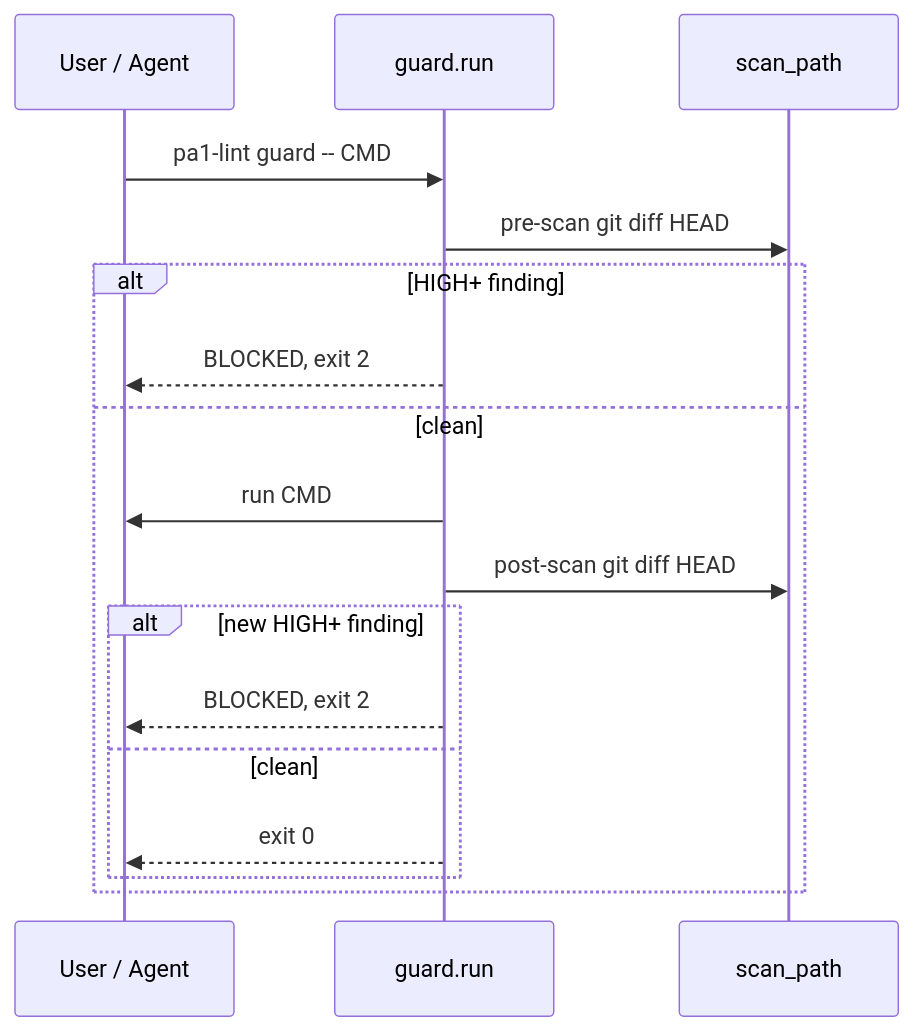
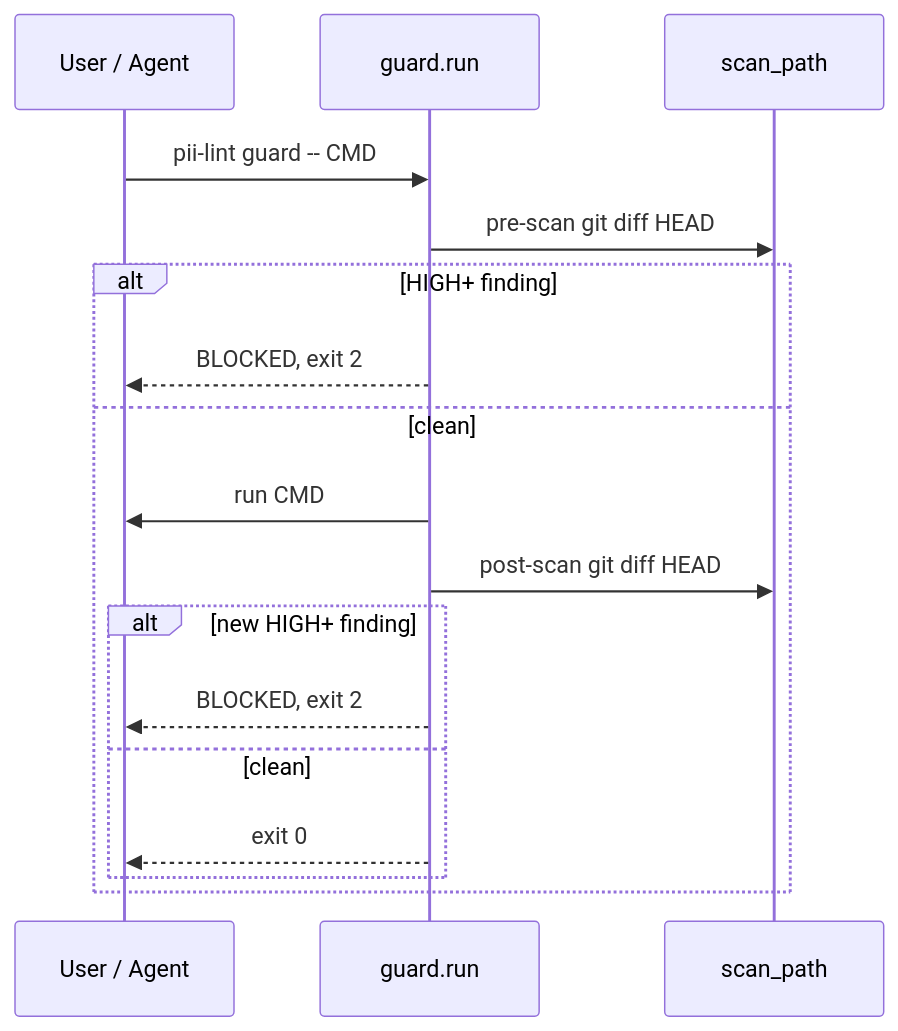
Before and after one commit to angWindy/vn-pii: the third of 3 diagrams in docs/architecture.md, drawn with Mermaid. The commit also changed other lines of this file and 50 other files, not shown here.

First line of the commit message:
chore(rebrand): rename tool from "pa1-lint" / "PA1" to "pii-lint" / "PII"

````diff
--- a/docs/architecture.md
+++ b/docs/architecture.md
@@ -83,20 +83,20 @@
 ```mermaid
 sequenceDiagram
   participant U as User / Agent
   participant G as guard.run
   participant S as scan_path
 
-  U->>G: pa1-lint guard -- CMD
+  U->>G: pii-lint guard -- CMD
   G->>S: pre-scan git diff HEAD
   alt HIGH+ finding
     G-->>U: BLOCKED, exit 2
   else clean
     G->>U: run CMD
     G->>S: post-scan git diff HEAD
     alt new HIGH+ finding
       G-->>U: BLOCKED, exit 2
     else clean
       G-->>U: exit 0
     end
   end
 ```
````
